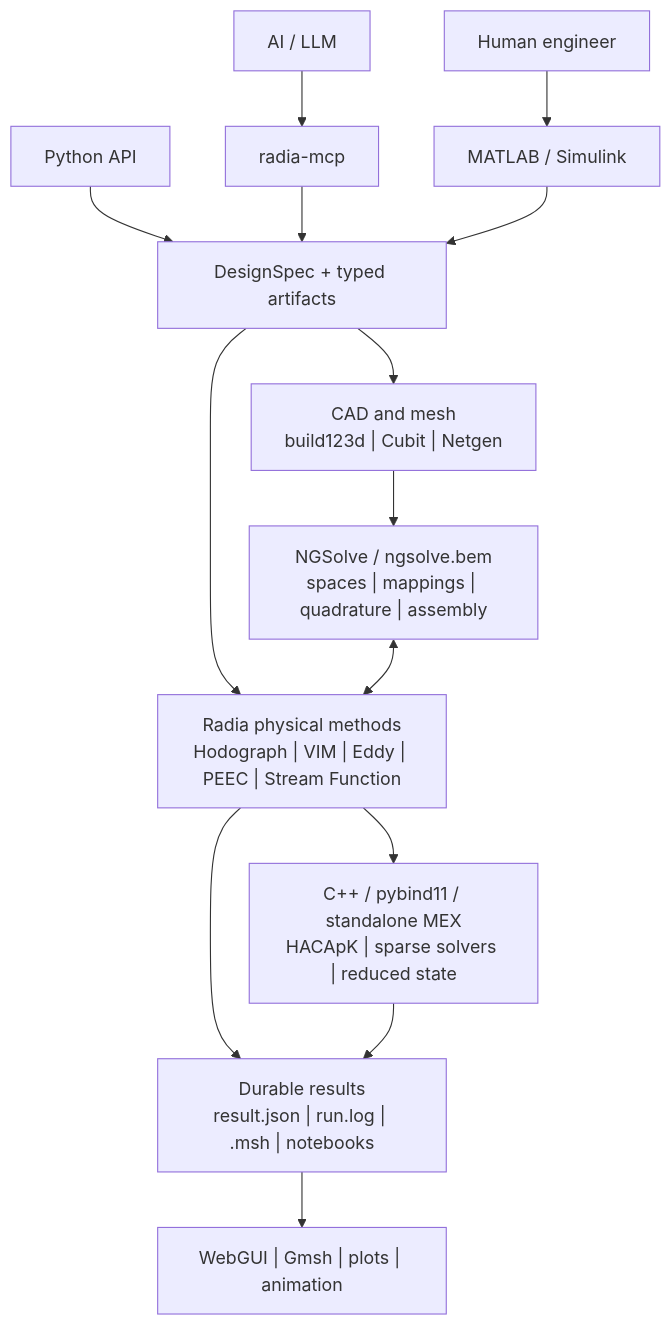
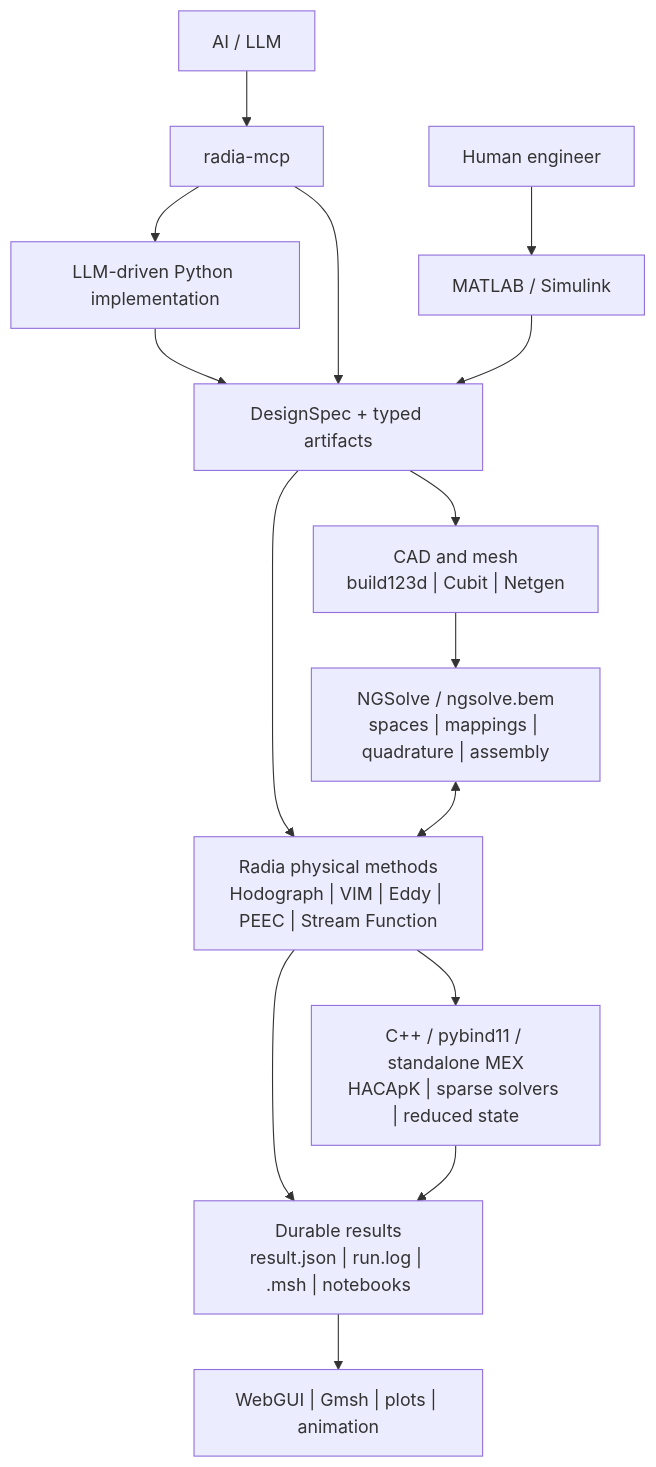
Before and after one commit to ksugahar/Radia: the diagram in README.md, drawn with Mermaid. The commit also changed other lines of this file and 2 other files, not shown here.

Commit message:
docs: make README visual-first and MCP-native

````diff
--- a/README.md
+++ b/README.md
@@ -177,18 +178,19 @@
 ```mermaid
 flowchart TB
     AI["AI / LLM"] --> MCP["radia-mcp"]
     Human["Human engineer"] --> Simulink["MATLAB / Simulink"]
-    Python["Python API"] --> Contract["DesignSpec + typed artifacts"]
+    MCP --> Python["LLM-driven Python implementation"]
+    Python --> Contract["DesignSpec + typed artifacts"]
     MCP --> Contract
     Simulink --> Contract
 
     Contract --> CAD["CAD and mesh<br/>build123d | Cubit | Netgen"]
     Contract --> Methods["Radia physical methods<br/>Hodograph | VIM | Eddy | PEEC | Stream Function"]
     CAD --> NGSolve["NGSolve / ngsolve.bem<br/>spaces | mappings | quadrature | assembly"]
     NGSolve <--> Methods
 
     Methods --> Native["C++ / pybind11 / standalone MEX<br/>HACApK | sparse solvers | reduced state"]
     Methods --> Results["Durable results<br/>result.json | run.log | .msh | notebooks"]
     Native --> Results
     Results --> Viz["WebGUI | Gmsh | plots | animation"]
 ```
````
